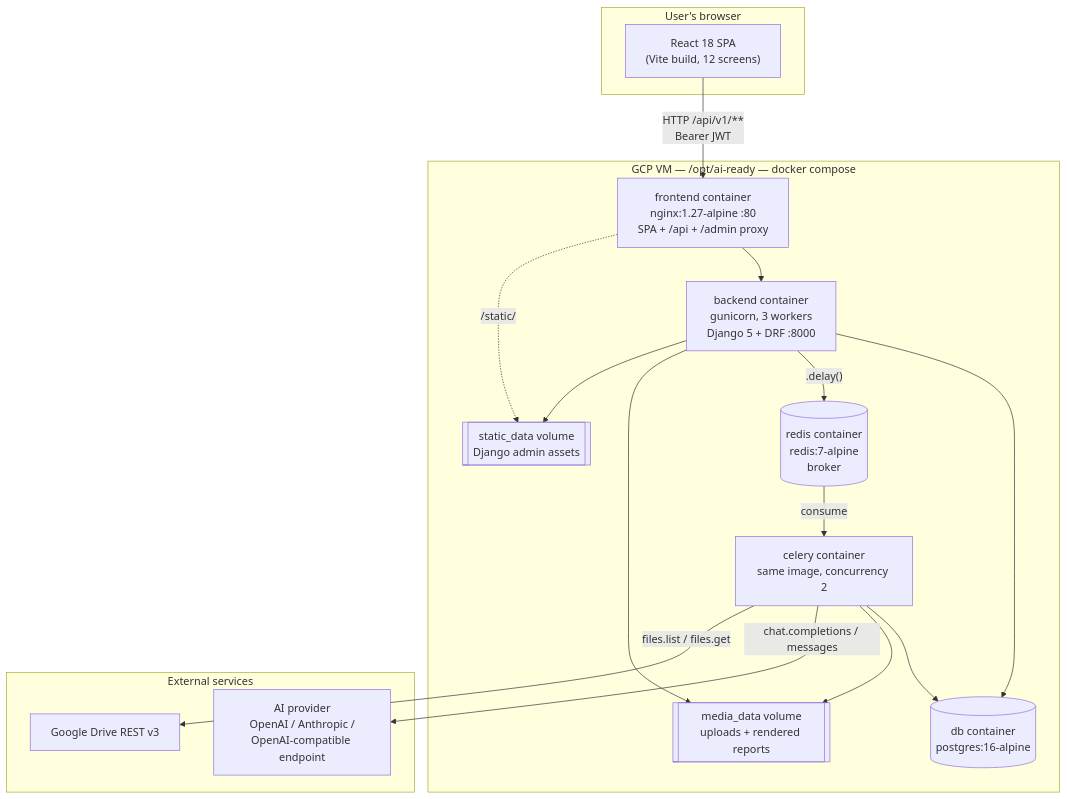
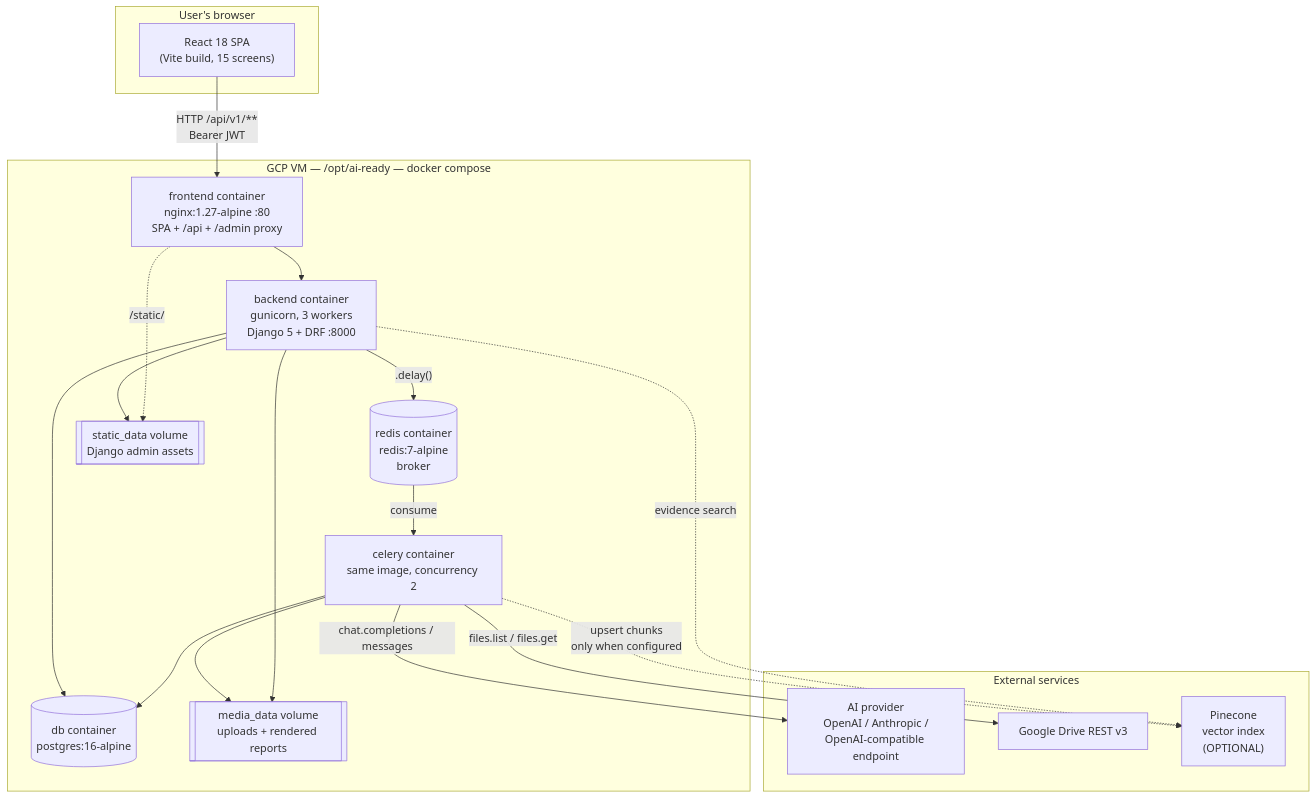
One commit to jagadesh-alpha8/AI-READY changed the first of 19 diagrams in PROJECT_WORKFLOW_AND_TECHNICAL_REPORT.md. Above: the diagram before and after it, drawn with Mermaid. The commit also changed other lines of this file and 37 other files, not shown here.

````diff
--- a/PROJECT_WORKFLOW_AND_TECHNICAL_REPORT.md
+++ b/PROJECT_WORKFLOW_AND_TECHNICAL_REPORT.md
@@ -190,34 +195,37 @@
 ```mermaid
 graph TB
     subgraph Browser["User's browser"]
-        SPA["React 18 SPA<br/>(Vite build, 12 screens)"]
+        SPA["React 18 SPA<br/>(Vite build, 15 screens)"]
     end
 
     subgraph VM["GCP VM — /opt/ai-ready — docker compose"]
         NGX["frontend container<br/>nginx:1.27-alpine :80<br/>SPA + /api + /admin proxy"]
         API["backend container<br/>gunicorn, 3 workers<br/>Django 5 + DRF :8000"]
         CEL["celery container<br/>same image, concurrency 2"]
         PG[("db container<br/>postgres:16-alpine")]
         RDS[("redis container<br/>redis:7-alpine<br/>broker")]
         MEDIA[["media_data volume<br/>uploads + rendered reports"]]
         STATIC[["static_data volume<br/>Django admin assets"]]
     end
 
     subgraph Ext["External services"]
         AI["AI provider<br/>OpenAI / Anthropic /<br/>OpenAI-compatible endpoint"]
         GD["Google Drive REST v3"]
+        PC["Pinecone<br/>vector index<br/>(OPTIONAL)"]
     end
 
     SPA -->|"HTTP /api/v1/**<br/>Bearer JWT"| NGX
     NGX --> API
     API --> PG
     API -->|".delay()"| RDS
     RDS -->|"consume"| CEL
     CEL --> PG
     CEL --> MEDIA
     CEL -->|"chat.completions / messages"| AI
     CEL -->|"files.list / files.get"| GD
+    CEL -.->|"upsert chunks<br/>only when configured"| PC
+    API -.->|"evidence search"| PC
     API --> MEDIA
     API --> STATIC
     NGX -.->|"/static/"| STATIC
 ```
````
